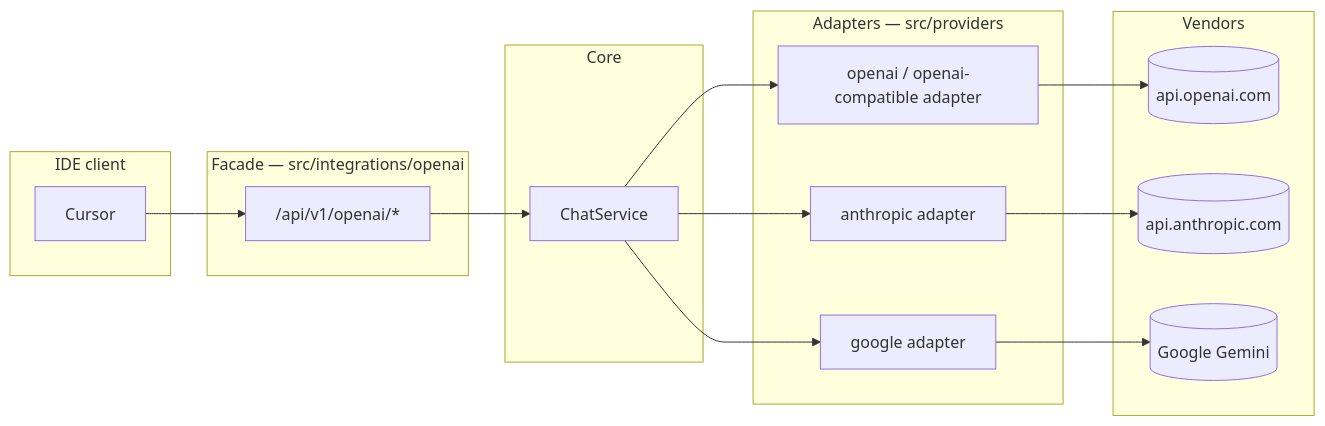
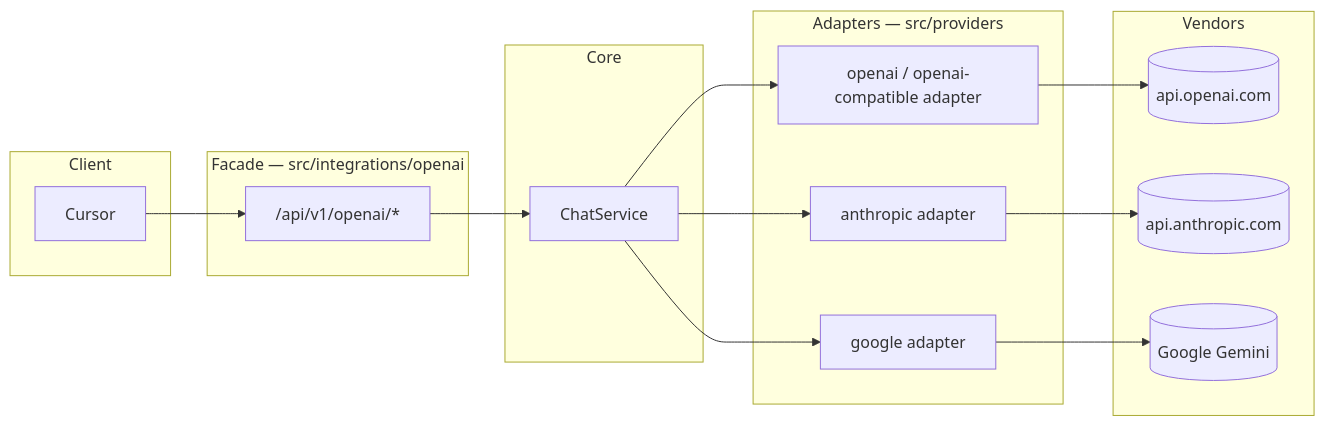
Before and after one commit to matej2314/ai-provider-gateway: the first of 2 diagrams in docs/integrations.md, drawn with Mermaid. The commit also changed other lines of this file and 271 other files, not shown here.

````diff
--- a/docs/integrations.md
+++ b/docs/integrations.md
@@ -18,27 +18,27 @@
 ```mermaid
 flowchart LR
-  subgraph client [IDE client]
+  subgraph client [Client]
     Cursor[Cursor]
   end
   subgraph facade [Facade — src/integrations/openai]
     Routes["/api/v1/openai/*"]
   end
   subgraph core [Core]
     Chat[ChatService]
   end
   subgraph runtime [Adapters — src/providers]
     Anthropic[anthropic adapter]
     Google[google adapter]
     OpenAIAdapter["openai / openai-compatible adapter"]
   end
   subgraph vendors [Vendors]
     OAI[(api.openai.com)]
     Ant[(api.anthropic.com)]
     Gem[(Google Gemini)]
   end
 
   Cursor --> Routes --> Chat
   Chat --> Anthropic --> Ant
   Chat --> Google --> Gem
   Chat --> OpenAIAdapter --> OAI
 ```
````
